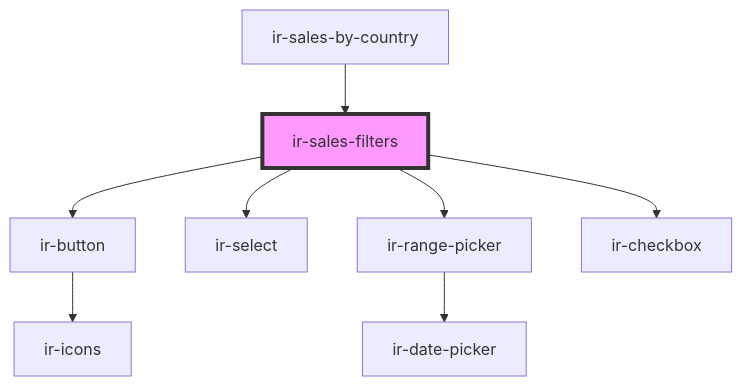
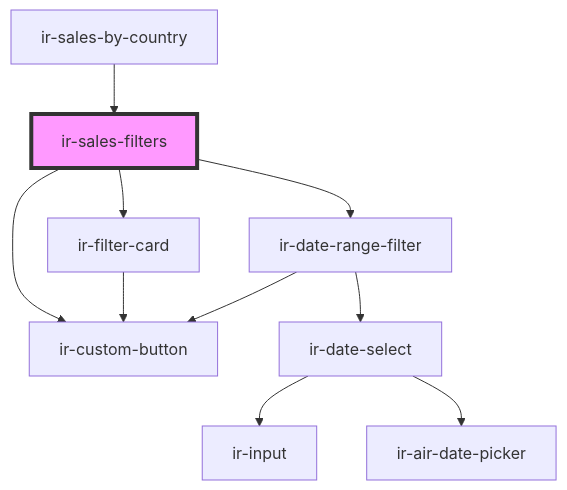
Before and after one commit to RonyRizk/ir-webcmp: the diagram in src/components/ir-sales-by-country/ir-sales-filters/readme.md, drawn with Mermaid. The commit also changed other lines of this file and 508 other files, not shown here.

````diff
--- a/src/components/ir-sales-by-country/ir-sales-filters/readme.md
+++ b/src/components/ir-sales-by-country/ir-sales-filters/readme.md
@@ -37,11 +36,13 @@
 ```mermaid
 graph TD;
-  ir-sales-filters --> ir-button
-  ir-sales-filters --> ir-select
-  ir-sales-filters --> ir-range-picker
-  ir-sales-filters --> ir-checkbox
-  ir-button --> ir-icons
-  ir-range-picker --> ir-date-picker
+  ir-sales-filters --> ir-filter-card
+  ir-sales-filters --> ir-date-range-filter
+  ir-sales-filters --> ir-custom-button
+  ir-filter-card --> ir-custom-button
+  ir-date-range-filter --> ir-date-select
+  ir-date-range-filter --> ir-custom-button
+  ir-date-select --> ir-input
+  ir-date-select --> ir-air-date-picker
   ir-sales-by-country --> ir-sales-filters
   style ir-sales-filters fill:#f9f,stroke:#333,stroke-width:4px
 ```
````
